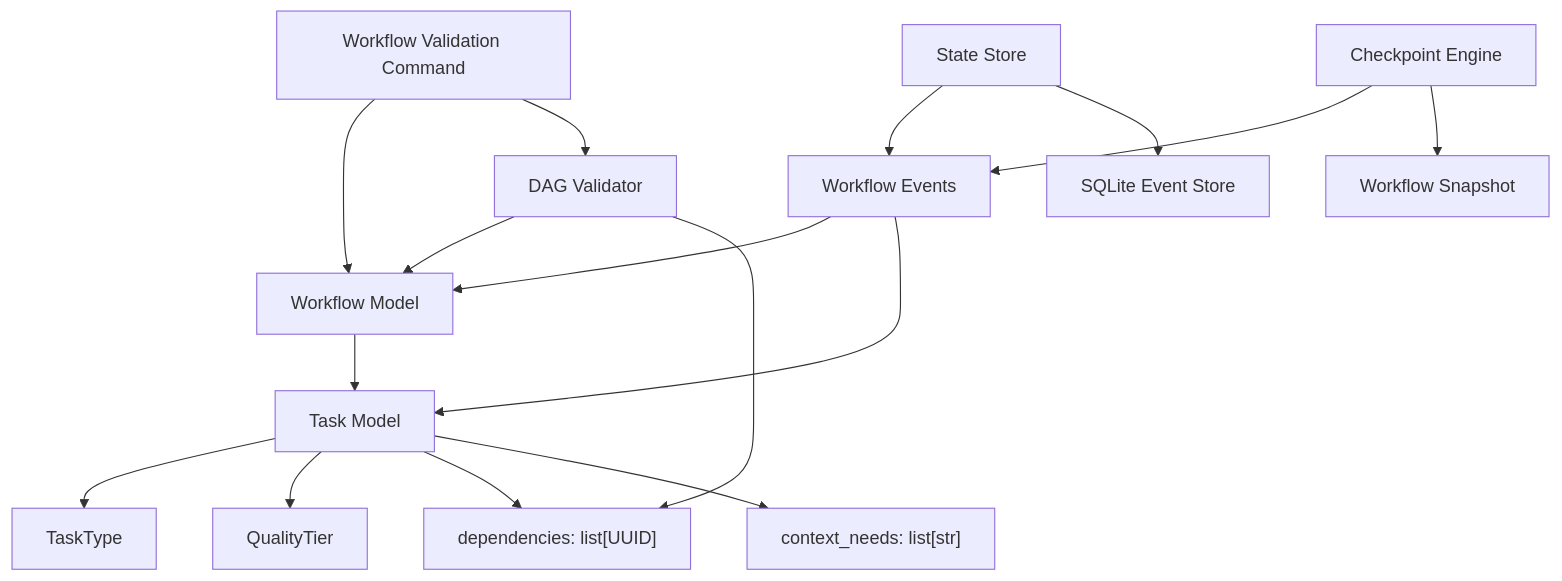
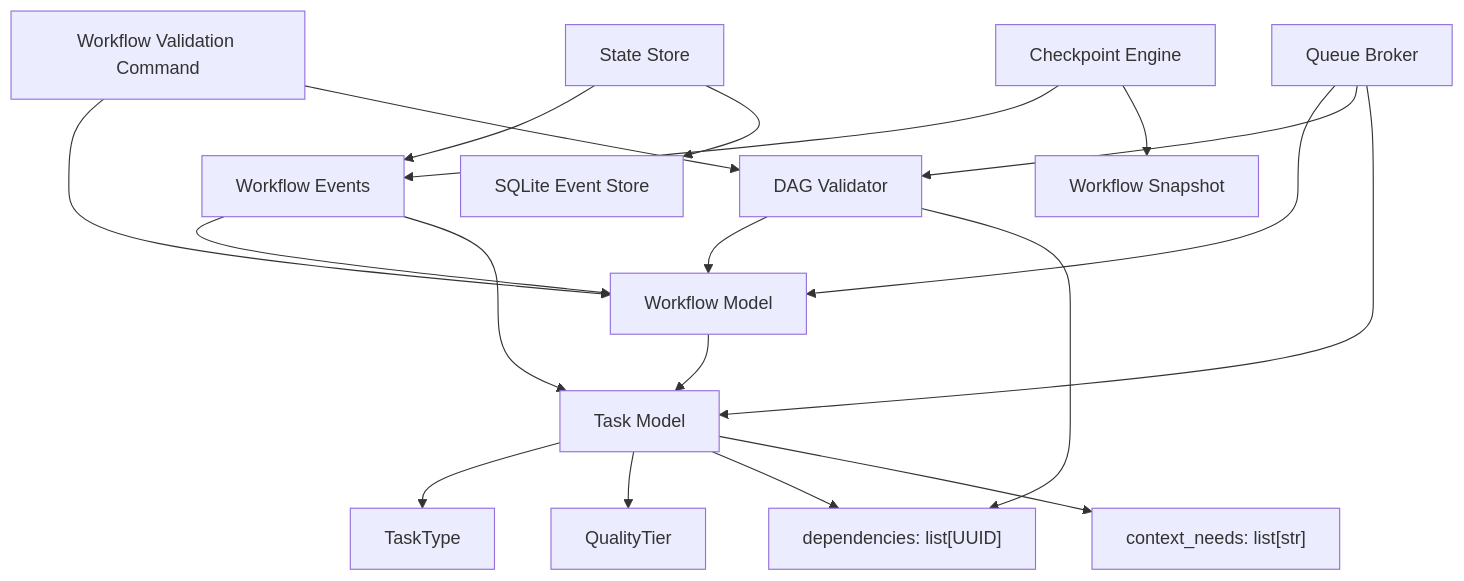
Before and after one commit to knishkarora/Ather-OS: the diagram in docs/05_Components.md, drawn with Mermaid. The commit also changed other lines of this file and 13 other files, not shown here.

Commit message:
ADDED: Queue broker into the system along with the in memory Queue broker.

````diff
--- a/docs/05_Components.md
+++ b/docs/05_Components.md
@@ -151,18 +163,21 @@
 ```mermaid
 flowchart TD
     Workflow["Workflow Model"] --> Task["Task Model"]
     Task --> TaskType["TaskType"]
     Task --> QualityTier["QualityTier"]
     Task --> Dependencies["dependencies: list[UUID]"]
     Task --> ContextNeeds["context_needs: list[str]"]
     Validator["DAG Validator"] --> Workflow
     Validator --> Dependencies
     Command["Workflow Validation Command"] --> Workflow
     Command --> Validator
     StateStore["State Store"] --> Events["Workflow Events"]
     StateStore --> SQLite["SQLite Event Store"]
     Events --> Workflow
     Events --> Task
     Checkpoint["Checkpoint Engine"] --> Events
     Checkpoint --> Snapshot["Workflow Snapshot"]
+    Queue["Queue Broker"] --> Workflow
+    Queue --> Validator
+    Queue --> Task
 ```
````
